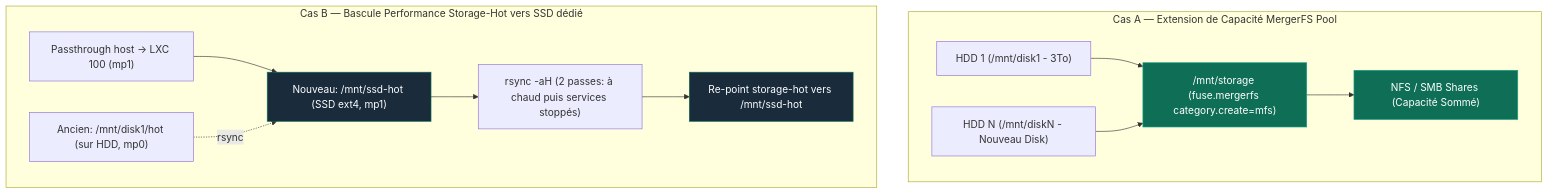
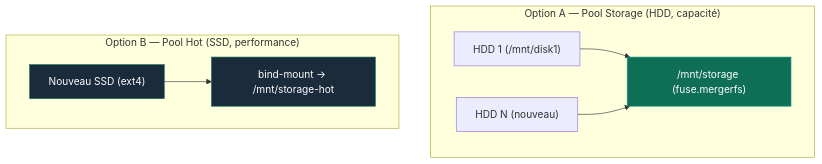
Before and after one commit to ims-world/docs: the diagram in procedures/ajout-nouveau-disque.md, drawn with Mermaid. The commit also changed other lines of this file and 4 other files, not shown here.

Commit message:
docs: bascule du tier storage-hot sur SSD 4To valide en prod (18/08/2026) et mise a jour des badges de statut

````diff
--- a/procedures/ajout-nouveau-disque.md
+++ b/procedures/ajout-nouveau-disque.md
@@ -12,30 +16,21 @@
 ```mermaid
 graph TB
-    subgraph CAS_A ["Cas A — Extension de Capacité MergerFS Pool"]
-        DISK1["HDD 1 (/mnt/disk1 - 3To)"]
-        DISKN["HDD N (/mnt/diskN - Nouveau Disk)"]
-        MERGER_POOL["/mnt/storage (fuse.mergerfs category.create=mfs)"]
-        EXPORTS_A["NFS / SMB Shares (Capacité Sommé)"]
-
+    subgraph CAS_A ["Option A — Pool Storage (HDD, capacité)"]
+        DISK1["HDD 1 (/mnt/disk1)"]
+        DISKN["HDD N (nouveau)"]
+        MERGER_POOL["/mnt/storage (fuse.mergerfs)"]
         DISK1 --> MERGER_POOL
         DISKN --> MERGER_POOL
-        MERGER_POOL --> EXPORTS_A
     end
 
-    subgraph CAS_B ["Cas B — Bascule Performance Storage-Hot vers SSD dédié"]
-        PASSTHROUGH["Passthrough host → LXC 100 (mp1)"]
-        OLD_MOUNT["Ancien: /mnt/disk1/hot (sur HDD, mp0)"]
-        NEW_SSD["Nouveau: /mnt/ssd-hot (SSD ext4, mp1)"]
-        RSYNC_HOT["rsync -aH (2 passes: à chaud puis services stoppés)"]
-        SWAP_MNT["Re-point storage-hot vers /mnt/ssd-hot"]
-
-        PASSTHROUGH --> NEW_SSD
-        OLD_MOUNT -.->|rsync| NEW_SSD
-        NEW_SSD --> RSYNC_HOT --> SWAP_MNT
+    subgraph CAS_B ["Option B — Pool Hot (SSD, performance)"]
+        NEW_SSD["Nouveau SSD (ext4)"]
+        BIND["bind-mount → /mnt/storage-hot"]
+        NEW_SSD --> BIND
     end
 
     classDef pool fill:#0F6E56,stroke:#16A085,color:#fff;
     classDef ssd fill:#1a2b3c,stroke:#0F6E56,color:#fff;
-    class MERGER_POOL,EXPORTS_A pool;
-    class NEW_SSD,SWAP_MNT ssd;
+    class MERGER_POOL pool;
+    class NEW_SSD,BIND ssd;
 ```
````
